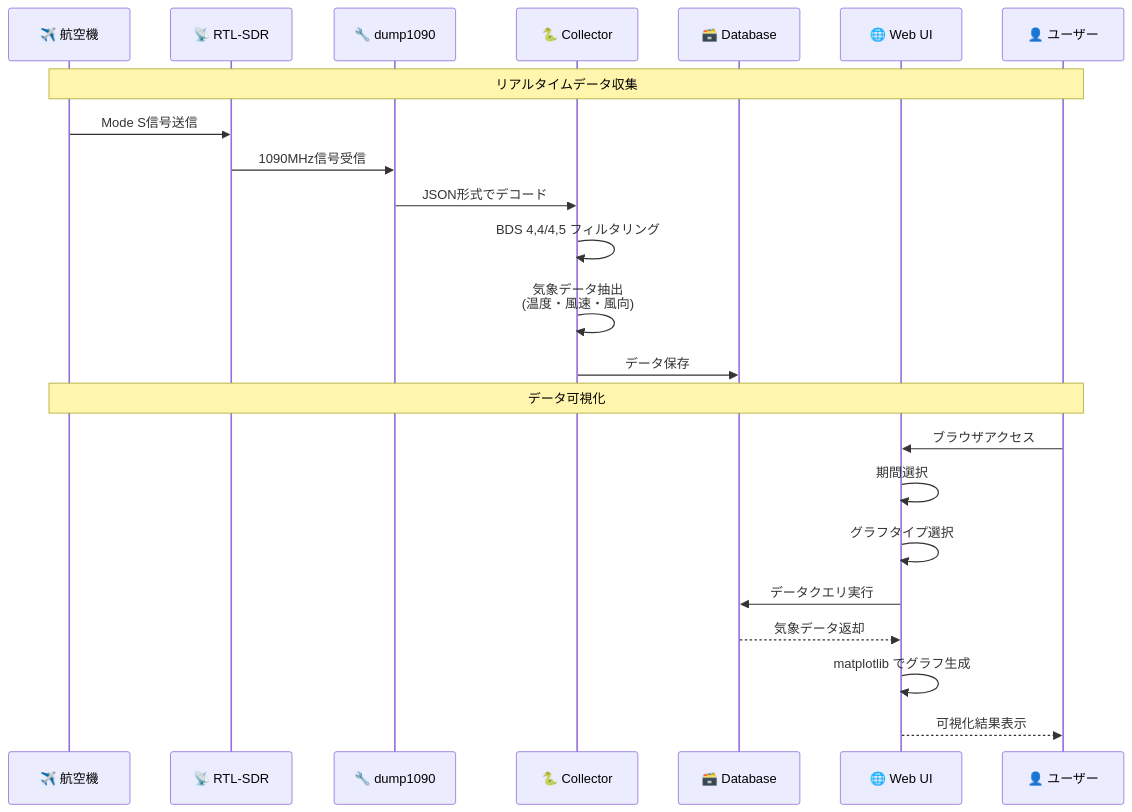
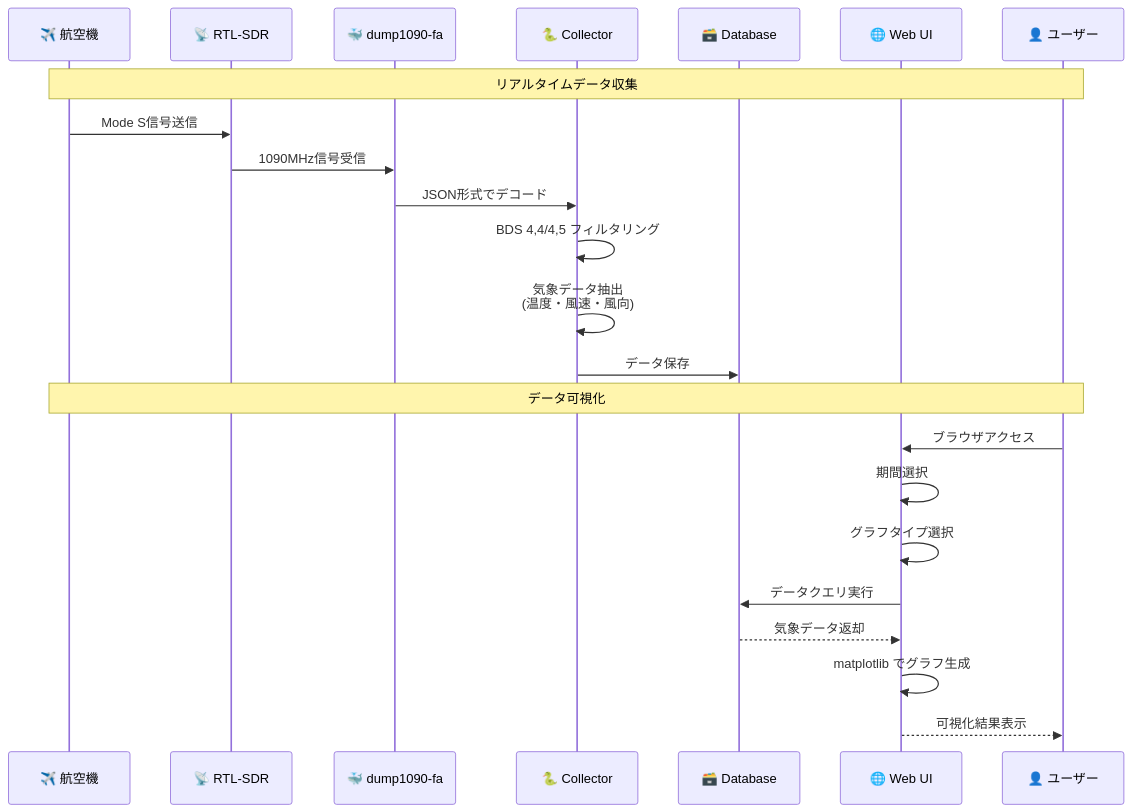
The second of 3 diagrams in README.md (kimata/modes-sensing), drawn with Mermaid before and after one commit. The commit also changed other lines of this file, not shown here.

First line of the commit message:
🐳 dump1090をDockerコンテナベースの記述に変更

````diff
--- a/README.md
+++ b/README.md
@@ -106,27 +97,27 @@
 ```mermaid
 sequenceDiagram
     participant A as ✈️ 航空機
     participant RTL as 📡 RTL-SDR
-    participant D1090 as 🔧 dump1090
+    participant D1090 as 🐳 dump1090-fa
     participant COL as 🐍 Collector
     participant DB as 🗃️ Database
     participant WEB as 🌐 Web UI
     participant USR as 👤 ユーザー
 
     Note over A,USR: リアルタイムデータ収集
     A->>RTL: Mode S信号送信
     RTL->>D1090: 1090MHz信号受信
     D1090->>COL: JSON形式でデコード
     COL->>COL: BDS 4,4/4,5 フィルタリング
     COL->>COL: 気象データ抽出<br/>(温度・風速・風向)
     COL->>DB: データ保存
 
     Note over A,USR: データ可視化
     USR->>WEB: ブラウザアクセス
     WEB->>WEB: 期間選択
     WEB->>WEB: グラフタイプ選択
     WEB->>DB: データクエリ実行
     DB-->>WEB: 気象データ返却
     WEB->>WEB: matplotlib でグラフ生成
     WEB-->>USR: 可視化結果表示
 ```
````
